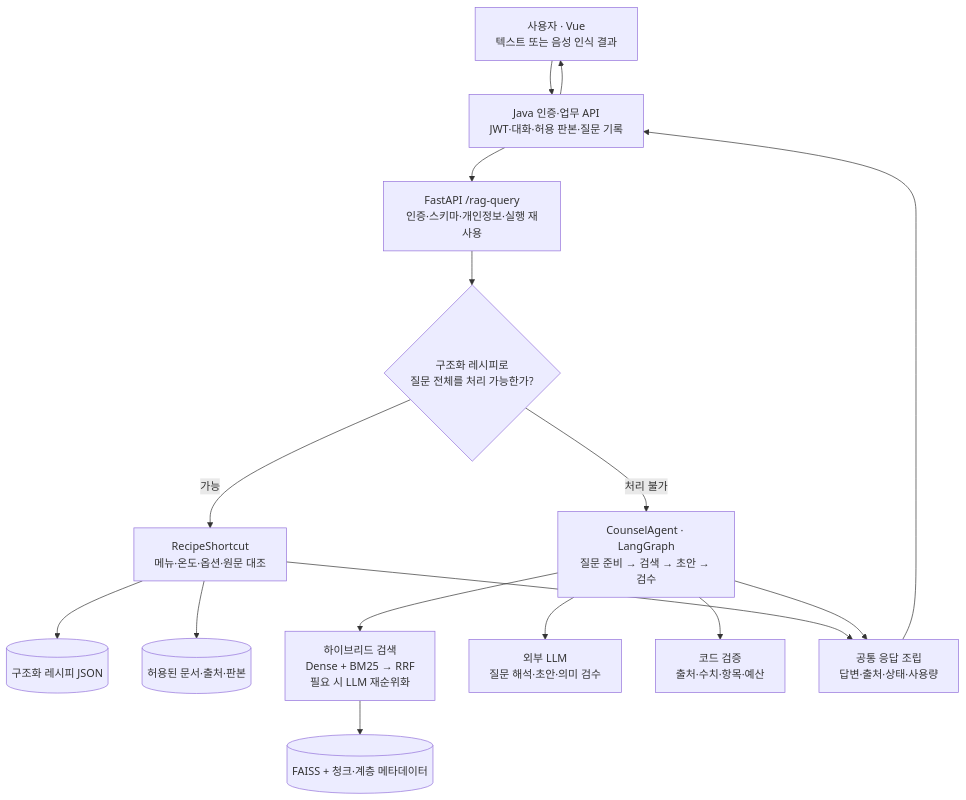
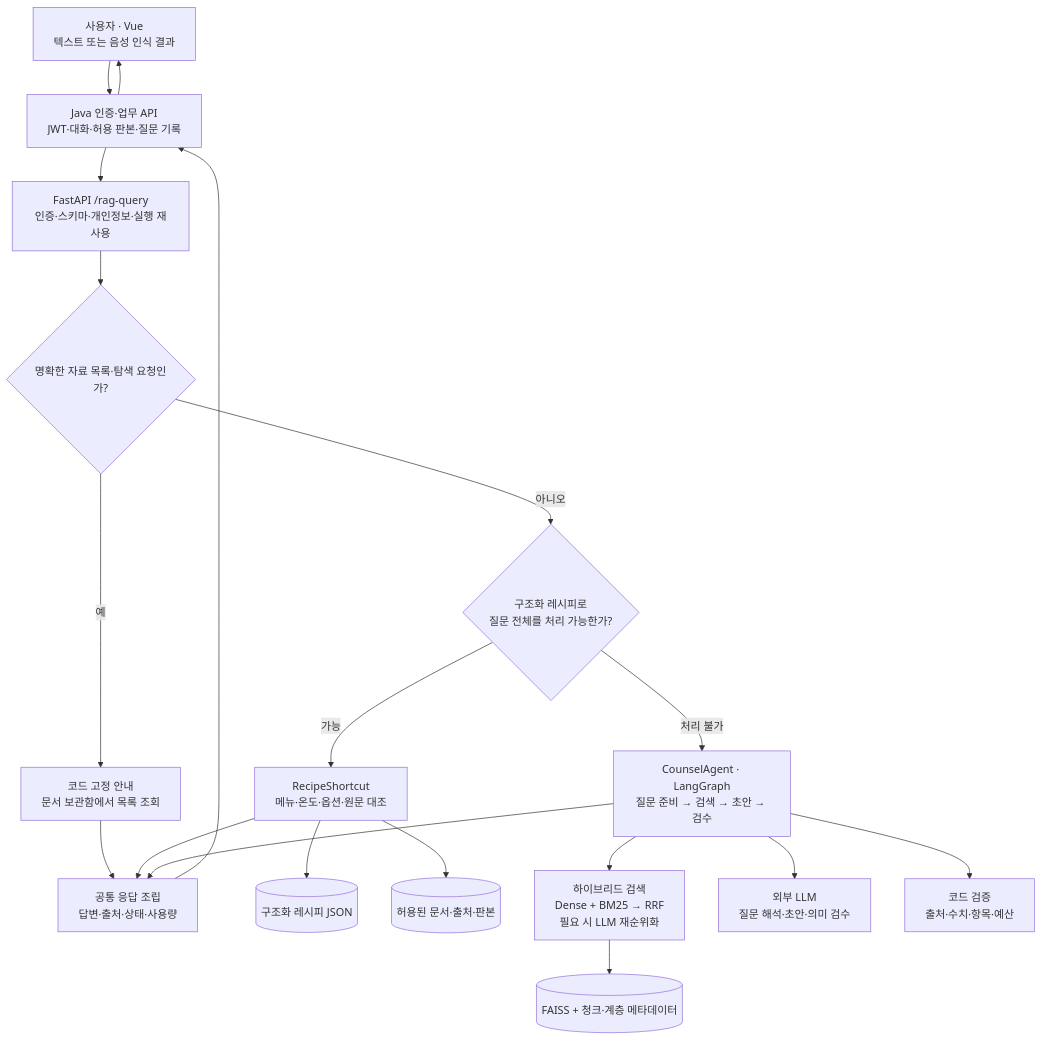
The first of 3 diagrams in docs/rag/아키텍처_및_동작_설명.md (kimhynsoo/frangizer), drawn with Mermaid before and after one commit. The commit also changed other lines of this file and 7 other files, not shown here.

````diff
--- a/docs/rag/아키텍처_및_동작_설명.md
+++ b/docs/rag/아키텍처_및_동작_설명.md
@@ -20,18 +20,21 @@
 ```mermaid
 flowchart TB
     U["사용자 · Vue<br/>텍스트 또는 음성 인식 결과"] --> J["Java 인증·업무 API<br/>JWT·대화·허용 판본·질문 기록"]
     J --> A["FastAPI /rag-query<br/>인증·스키마·개인정보·실행 재사용"]
-    A --> R{"구조화 레시피로<br/>질문 전체를 처리 가능한가?"}
+    A --> N{"명확한 자료 목록·탐색 요청인가?"}
+    N -->|예| NAV["코드 고정 안내<br/>문서 보관함에서 목록 조회"]
+    NAV --> O
+    N -->|아니오| R{"구조화 레시피로<br/>질문 전체를 처리 가능한가?"}
     R -->|가능| F["RecipeShortcut<br/>메뉴·온도·옵션·원문 대조"]
     F --> JSON[("구조화 레시피 JSON")]
     F --> DOC[("허용된 문서·출처·판본")]
     R -->|처리 불가| G["CounselAgent · LangGraph<br/>질문 준비 → 검색 → 초안 → 검수"]
     G --> H["하이브리드 검색<br/>Dense + BM25 → RRF<br/>필요 시 LLM 재순위화"]
     H --> V[("FAISS + 청크·계층 메타데이터")]
     G --> L["외부 LLM<br/>질문 해석·초안·의미 검수"]
     G --> C["코드 검증<br/>출처·수치·항목·예산"]
     F --> O["공통 응답 조립<br/>답변·출처·상태·사용량"]
     G --> O
     O --> J
     J --> U
 ```
````
